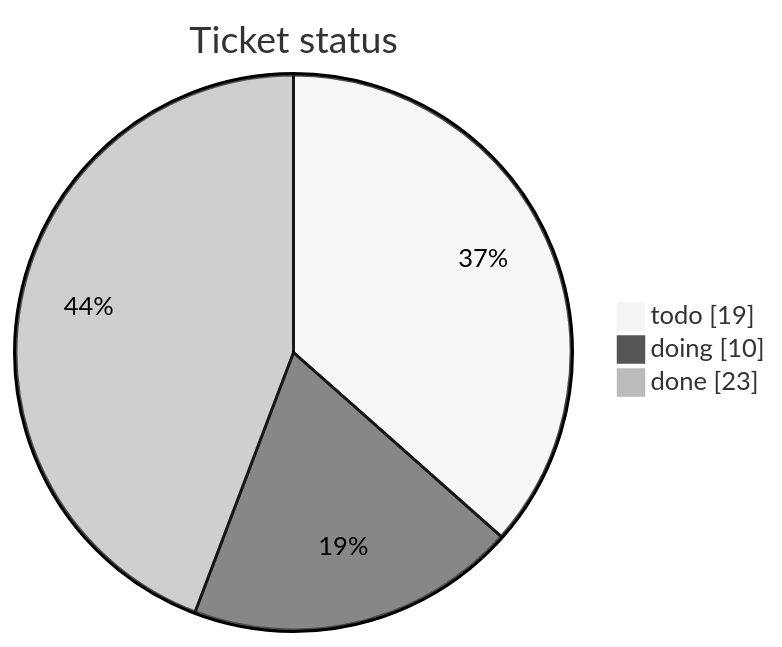
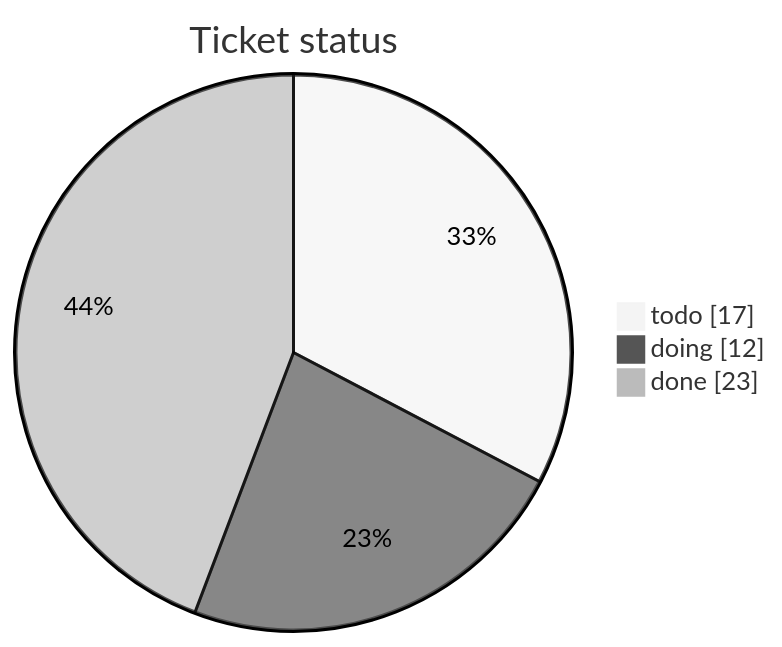
The first of 3 diagrams in tickets/TICKETS.md (mohamed-soubhi/bootlab-esp), drawn with Mermaid (neutral theme) before and after one commit. The commit also changed other lines of this file and 5 other files, not shown here.

````diff
--- a/tickets/TICKETS.md
+++ b/tickets/TICKETS.md
@@ -14,6 +14,6 @@
 ```mermaid
 pie showData title Ticket status
-    "todo" : 19
-    "doing" : 10
+    "todo" : 17
+    "doing" : 12
     "done" : 23
 ```
````
